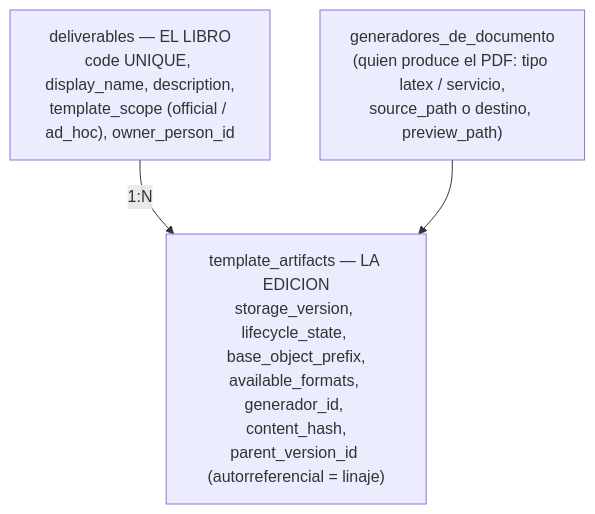
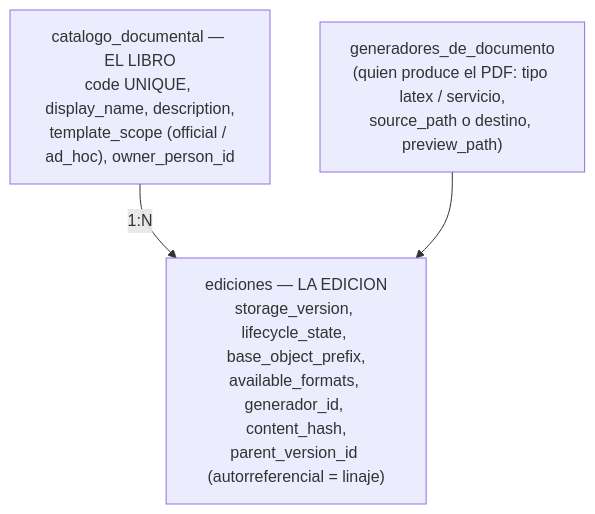
Before and after one commit to fresvel/deasy: the diagram in docs/src/content/docs/datos/modos-y-plantillas.md, drawn with Mermaid. The commit also changed other lines of this file and 172 other files, not shown here.

````diff
--- a/docs/src/content/docs/datos/modos-y-plantillas.md
+++ b/docs/src/content/docs/datos/modos-y-plantillas.md
@@ -31,10 +31,10 @@
 ```mermaid
-%% diagrama 09 — plantillas: el generador, el libro (deliverables) y sus ediciones
+%% diagrama 09 — plantillas: el generador, el libro (catalogo_documental) y sus ediciones
 flowchart TD
     GEN["generadores_de_documento<br/>(quien produce el PDF: tipo latex / servicio,<br/>source_path o destino, preview_path)"]
-    DEL["deliverables — EL LIBRO<br/>code UNIQUE, display_name, description,<br/>template_scope (official / ad_hoc), owner_person_id"]
-    ART["template_artifacts — LA EDICION<br/>storage_version, lifecycle_state, base_object_prefix,<br/>available_formats, generador_id, content_hash,<br/>parent_version_id (autorreferencial = linaje)"]
+    DEL["catalogo_documental — EL LIBRO<br/>code UNIQUE, display_name, description,<br/>template_scope (official / ad_hoc), owner_person_id"]
+    ART["ediciones — LA EDICION<br/>storage_version, lifecycle_state, base_object_prefix,<br/>available_formats, generador_id, content_hash,<br/>parent_version_id (autorreferencial = linaje)"]
 
     DEL -->|"1:N"| ART
     GEN --> ART
 ```
````
